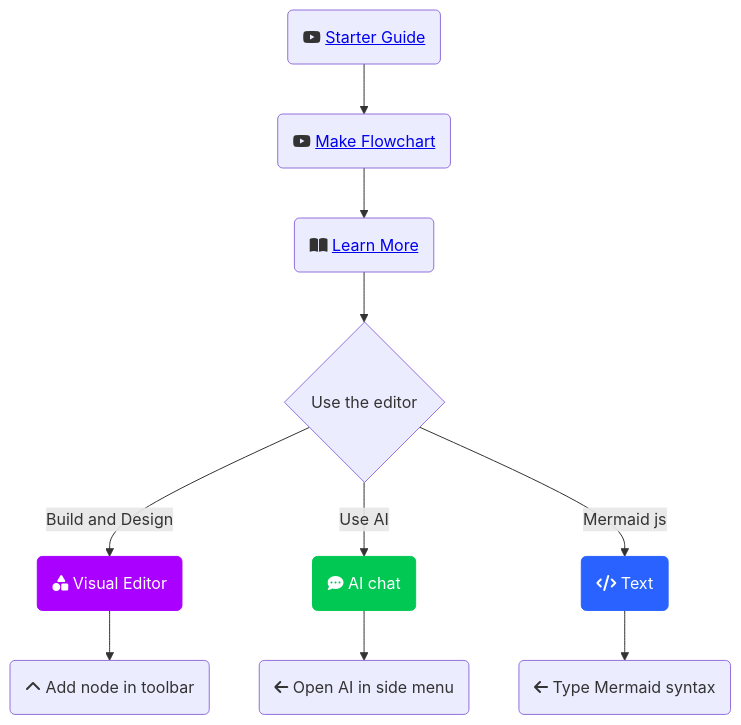
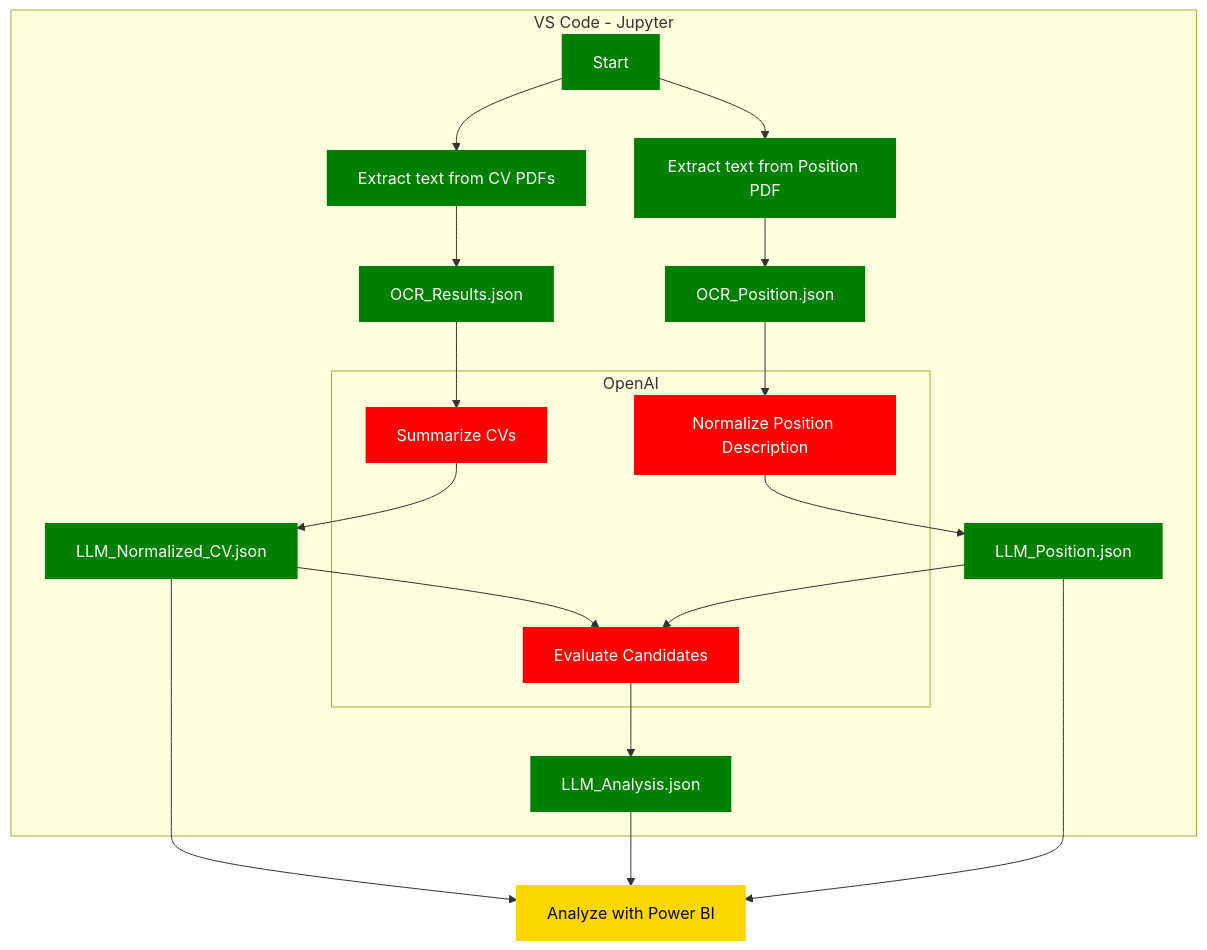
One commit to OscarValerock/BIBB-PBI-CV-AI-Analysis changed the diagram in README.md. Above: the diagram before and after it, drawn with Mermaid. The commit also changed 3 other files, not shown here.

Commit message:
Update job position details in LLM_Position.json and enhance README with flowchart for data processing workflow; add requirements for PyMuPDF and OpenAI.

````diff
--- a/README.md
+++ b/README.md
@@ -1,26 +3,46 @@
 ```mermaid
+graph TD
+    subgraph "VS Code - Jupyter"
+        A[Start]
+        B[Extract text from CV PDFs]
+        A --> B
+        B --> C[OCR_Results.json]
+        F[Extract text from Position PDF]
+        A --> F
+        F --> G[OCR_Position.json]
+        
+        E[LLM_Normalized_CV.json]
+        I[LLM_Position.json]
+        K[LLM_Analysis.json]
+        
+        subgraph "OpenAI"
+            D[Summarize CVs]
+            H[Normalize Position Description]
+            J[Evaluate Candidates]
+        end
+        
+        C --> D
+        D --> E
+        G --> H
+        H --> I
+        E --> J
+        I --> J
+        J --> K
+    end
+    
+    E --> L[Analyze with Power BI]
+    I --> L
+    K --> L
+    
+    %% Define styles
+    classDef openai color:#FFFFFF, fill:#FF0000,stroke:#FF0000,stroke-width:2px;
+    classDef vscode color:#FFFFFF, fill:#008000,stroke:#008000,stroke-width:2px;
+    classDef powerbi color:#000000, fill:#FFD700,stroke:#FFD700,stroke-width:2px;
 
-flowchart TD
-%% Nodes
-    A("fab:fa-youtube <a rel="noopener" href="https://www.youtube.com/watch?v=T5Zthq-QR2A&amp" target="_blank">Starter Guide</a>")
-    B("fab:fa-youtube <a rel="noopener" href="https://www.youtube.com/watch?v=rfQ_yGJ8QAQ&amp" target="_blank">Make Flowchart</a>")
-    C("fa:fa-book-open <a rel="noopener" href="https://mermaid.js.org/syntax/flowchart.html" target="_blank">Learn More</a>")
-    D{"Use the editor"}
-    E(fa:fa-shapes Visual Editor)
-    F("fa:fa-chevron-up Add node in toolbar")
-    G("fa:fa-comment-dots AI chat")
-    H("fa:fa-arrow-left Open AI in side menu")
-    I("fa:fa-code Text")
-    J(fa:fa-arrow-left Type Mermaid syntax)
+    %% Apply styles
+    class D,H,J openai
+    class A,B,C,E,F,G,I,K vscode
+    class L powerbi
 
-%% Edge connections between nodes
-    A --> B --> C --> D -- Build and Design --> E --> F
-    D -- Use AI --> G --> H
-    D -- Mermaid js --> I --> J
-
-%% Individual node styling. Try the visual editor toolbar for easier styling!
-    style E color:#FFFFFF, fill:#AA00FF, stroke:#AA00FF
-    style G color:#FFFFFF, stroke:#00C853, fill:#00C853
-    style I color:#FFFFFF, stroke:#2962FF, fill:#2962FF
     
 ```
````
